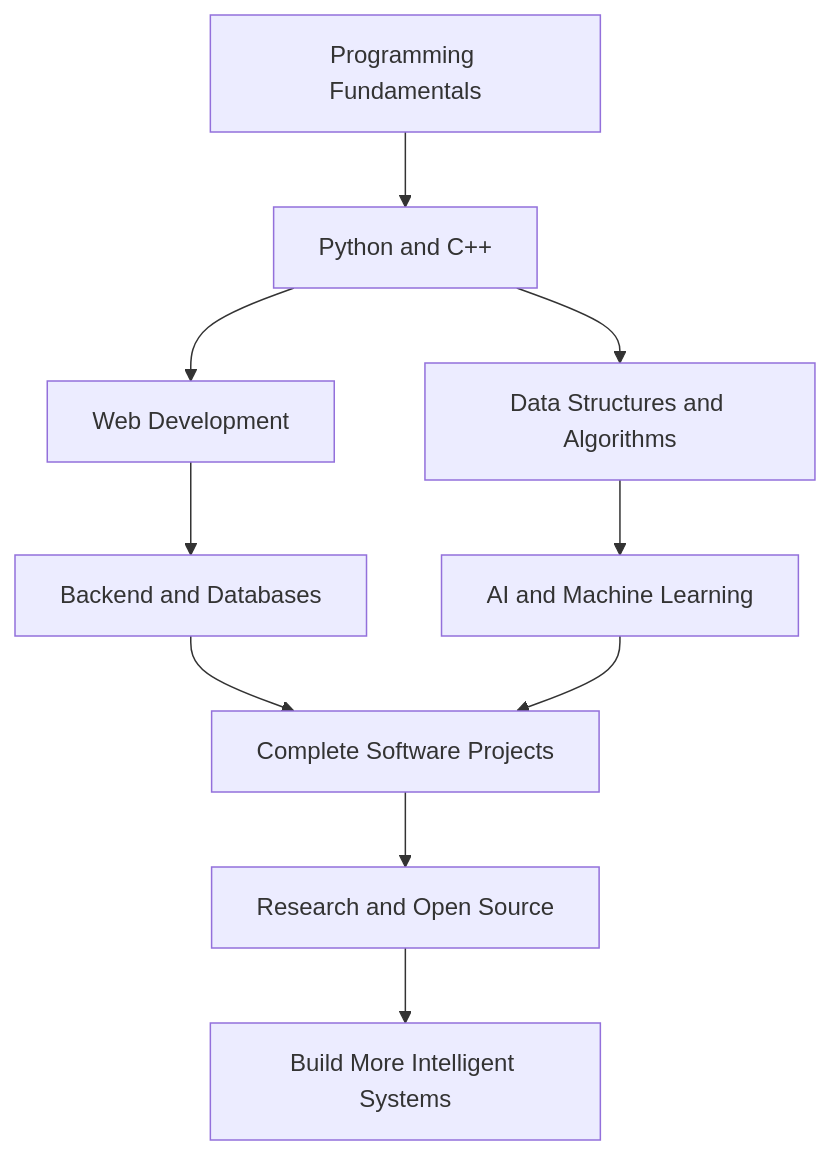
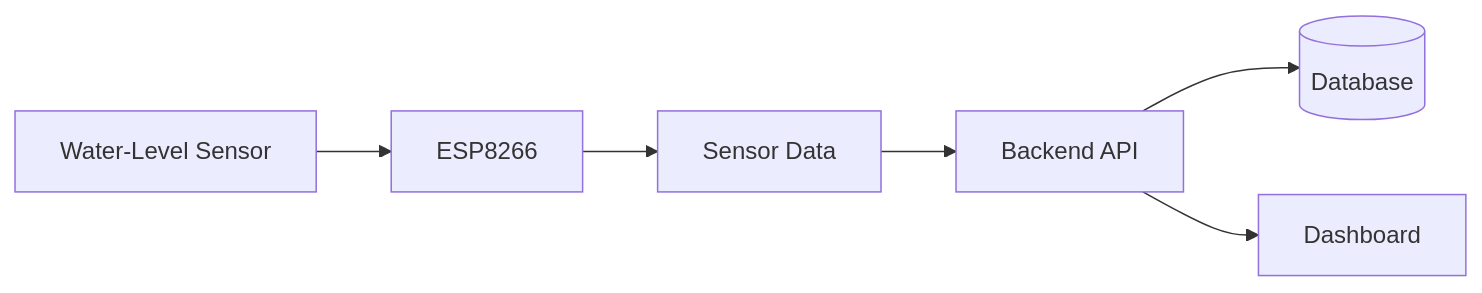
Before and after one commit to suryansh-cse/Suryansh-cse: the first of 3 diagrams in README.md, drawn with Mermaid. The commit also changed other lines of this file, not shown here.

````diff
--- a/README.md
+++ b/README.md
@@ -117,12 +63,8 @@
 ```mermaid
-flowchart TD
-    A[Programming Fundamentals] --> B[Python and C++]
-    B --> C[Data Structures and Algorithms]
-    B --> D[Web Development]
-    D --> E[Backend and Databases]
-    C --> F[AI and Machine Learning]
-    E --> G[Complete Software Projects]
-    F --> G
-    G --> H[Research and Open Source]
-    H --> I[Build More Intelligent Systems]
+flowchart LR
+    A[Water-Level Sensor] --> B[ESP8266]
+    B --> C[Sensor Data]
+    C --> D[Backend API]
+    D --> E[(Database)]
+    D --> F[Dashboard]
 ```
````
